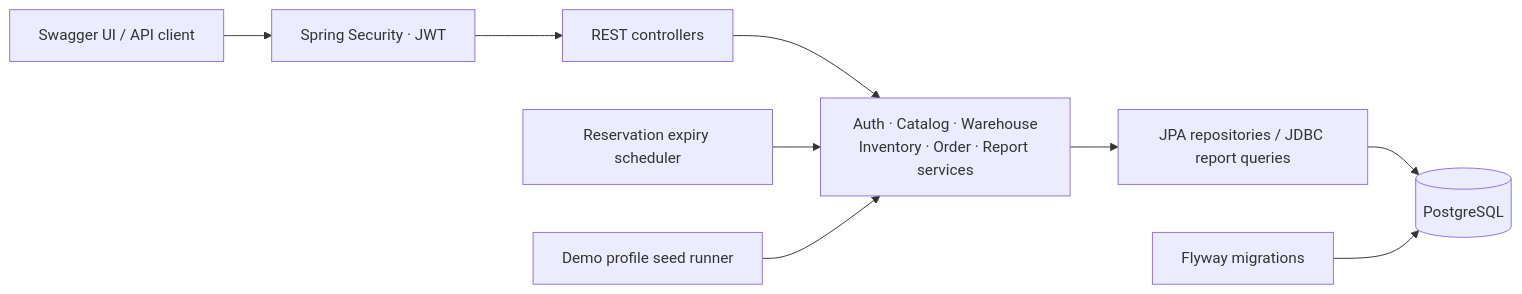
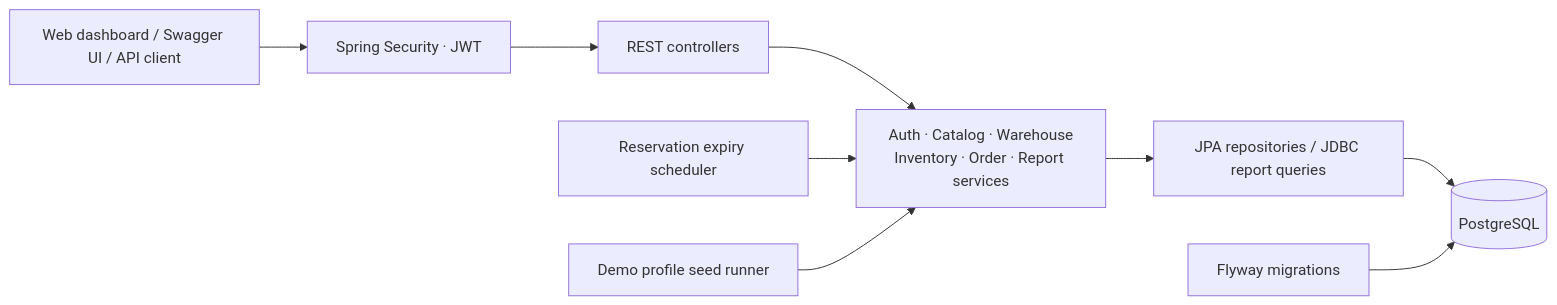
The first of 2 diagrams in README.md (huyniu/StockFlow), drawn with Mermaid before and after one commit. The commit also changed other lines of this file and 11 other files, not shown here.

Commit message:
bổ sung giao diện Web Dashboard quản lý đa kho và trình diễn nghiệp vụ trực quan

````diff
--- a/README.md
+++ b/README.md
@@ -31,11 +31,11 @@
 ```mermaid
 flowchart LR
-    Client["Swagger UI / API client"] --> Security["Spring Security · JWT"]
+    Client["Web dashboard / Swagger UI / API client"] --> Security["Spring Security · JWT"]
     Security --> API["REST controllers"]
     API --> Services["Auth · Catalog · Warehouse<br/>Inventory · Order · Report services"]
     Services --> Persistence["JPA repositories / JDBC report queries"]
     Persistence --> DB[("PostgreSQL")]
     Flyway["Flyway migrations"] --> DB
     Scheduler["Reservation expiry scheduler"] --> Services
     Demo["Demo profile seed runner"] --> Services
 ```
````
